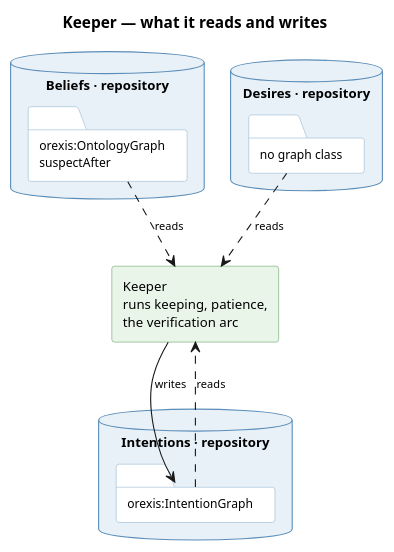
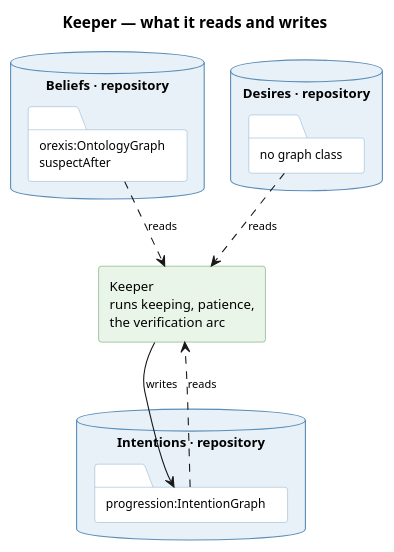
Before and after one commit to ShishkinDmitriy/orexis: the diagram in knowledge/diagrams/service-keeper.puml, drawn with PlantUML. The commit also changed 100 other files, not shown here.

```diff
--- a/knowledge/diagrams/service-keeper.puml
+++ b/knowledge/diagrams/service-keeper.puml
@@ -1,44 +1,44 @@
 @startuml service-keeper
 title Keeper — what it reads and writes
 
 skinparam componentStyle rectangle
 skinparam shadowing false
 skinparam defaultFontSize 12
 skinparam titleFontSize 14
 skinparam ArrowFontSize 10
 skinparam database {
   BackgroundColor #E8F1F8
   BorderColor #5B8DB8
 }
 skinparam folder {
   BackgroundColor #FFFFFF
   BorderColor #8FB4D0
   FontSize 11
 }
 skinparam component {
   BackgroundColor #EAF5EA
   BorderColor #5E9E5E
 }
 
 
 database "Intentions · repository" as INT {
-  folder "orexis:IntentionGraph" as I
+  folder "progression:IntentionGraph" as I
 }
 
 database "Beliefs · repository" as BEL {
   folder "orexis:OntologyGraph\nsuspectAfter" as ON
 }
 
 database "Desires · repository" as DES {
   folder "no graph class" as X
 }
 
 component "Keeper\nruns keeping, patience,\nthe verification arc" as KE
 
 
 I ..> KE : reads
 ON ..> KE : reads
 X ..> KE : reads
 KE --> I : writes
 
 @enduml
```
